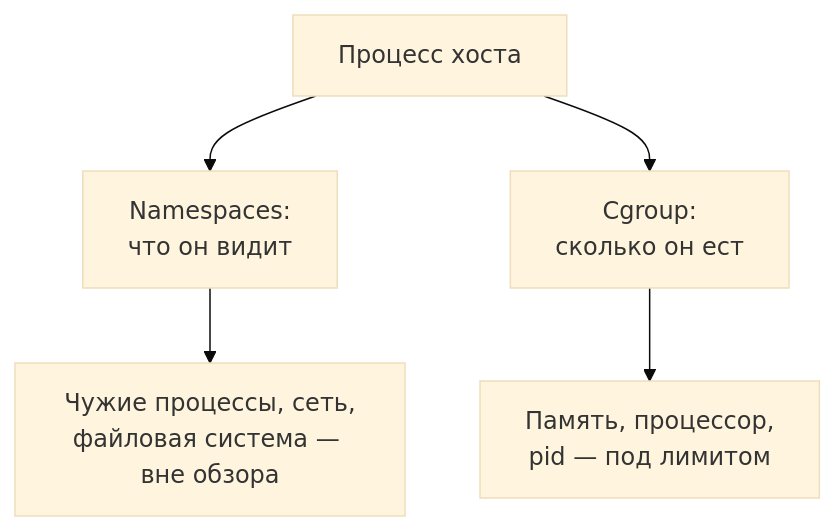
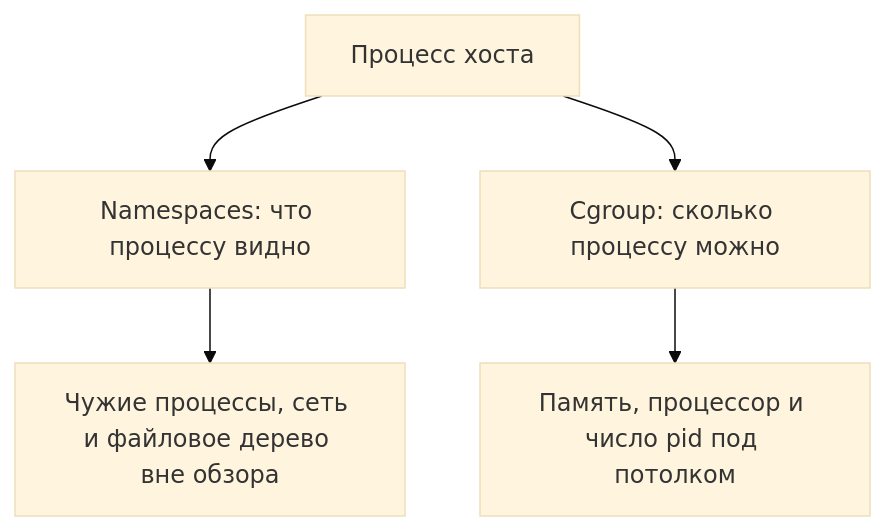
One commit to not-obfuscation/AppSec-guidebook changed the diagram in content/stage-4/linux-userns-cgroups.md. Above: the diagram before and after it, drawn with Mermaid (base theme). The commit also changed other lines of this file and 214 other files, not shown here.

````diff
--- a/content/stage-4/linux-userns-cgroups.md
+++ b/content/stage-4/linux-userns-cgroups.md
@@ -180,7 +244,7 @@
 ```mermaid
-flowchart TD
-    A[Процесс хоста] --> B[Namespaces:<br/>что он видит]
-    A --> C[Cgroup:<br/>сколько он ест]
-    B --> D[Чужие процессы, сеть,<br/>файловая система — вне обзора]
-    C --> E[Память, процессор,<br/>pid — под лимитом]
+flowchart TB
+    A[Процесс хоста] --> B[Namespaces: что процессу видно]
+    A --> C[Cgroup: сколько процессу можно]
+    B --> D[Чужие процессы, сеть и файловое дерево вне обзора]
+    C --> E[Память, процессор и число pid под потолком]
 ```
````
